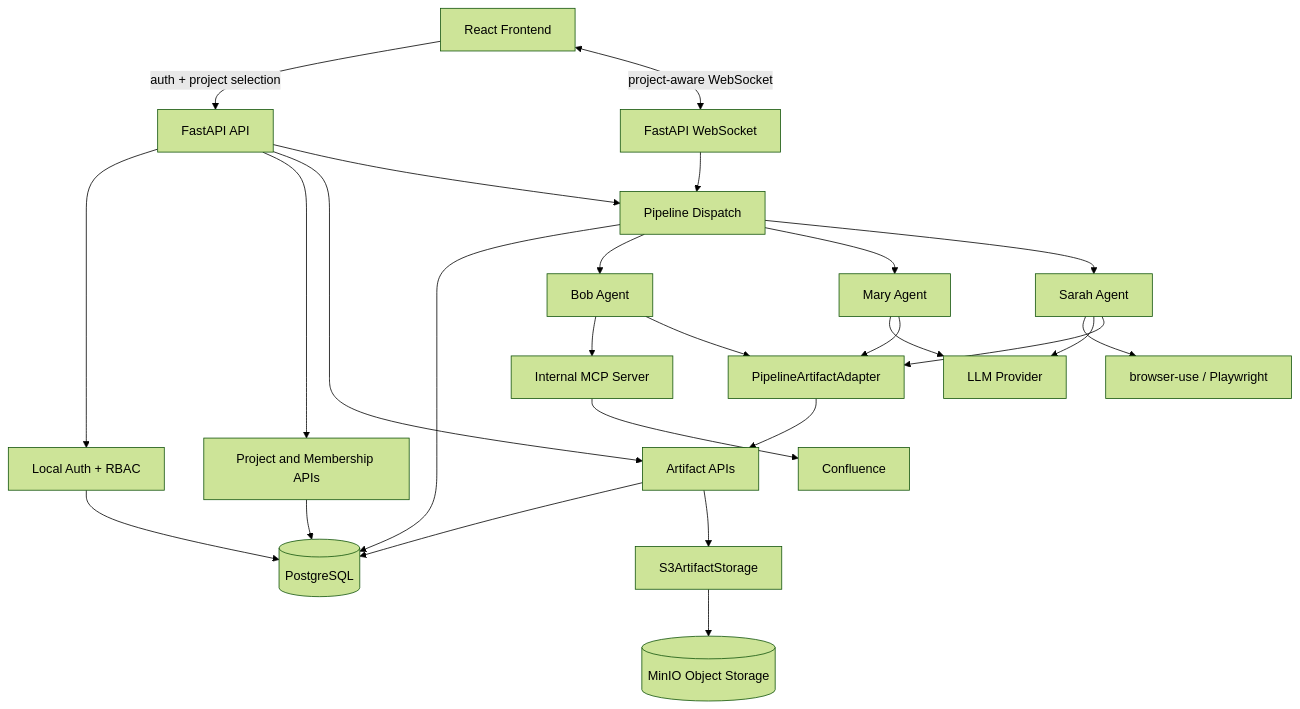
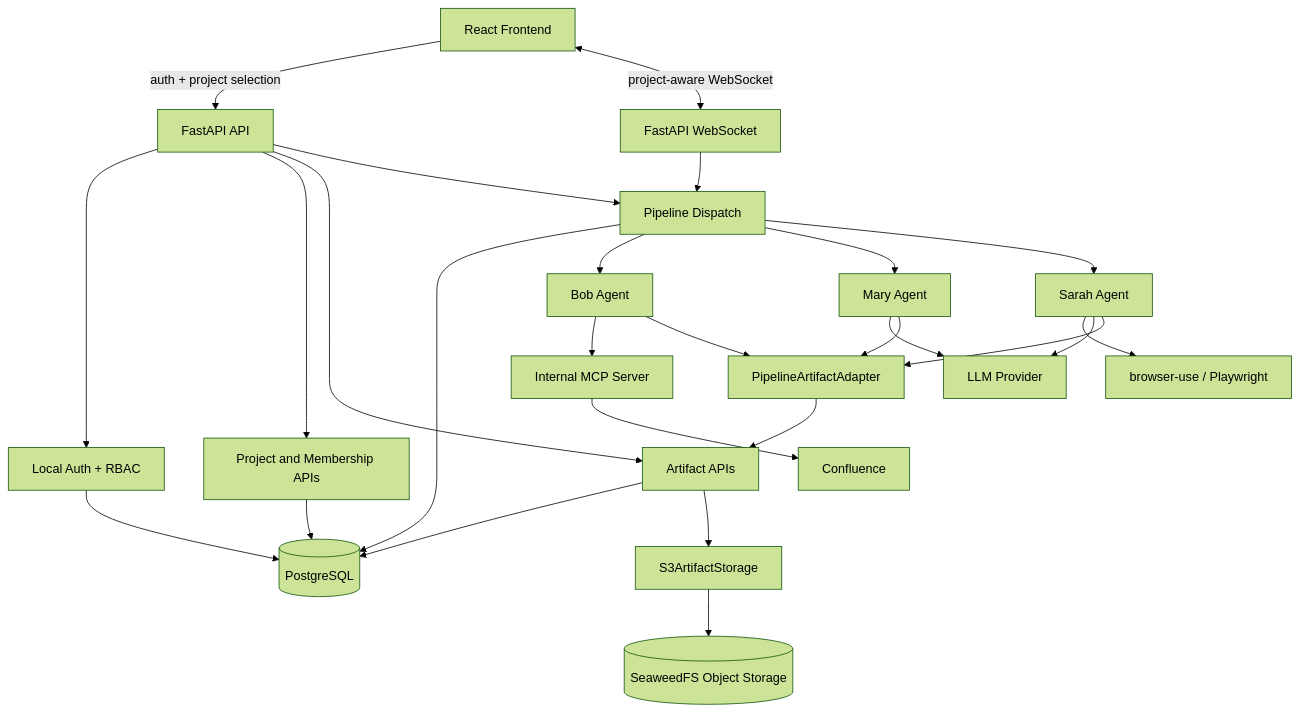
The diagram in README.md (thuonglbl/AI-QA-Automation), drawn with Mermaid (forest theme) before and after one commit. The commit also changed other lines of this file and 405 other files, not shown here.

````diff
--- a/README.md
+++ b/README.md
@@ -33,33 +18,33 @@
 ```mermaid
 flowchart TD
     UI[React Frontend] -->|auth + project selection| API[FastAPI API]
     UI <-->|project-aware WebSocket| WS[FastAPI WebSocket]
 
     API --> AUTH[Local Auth + RBAC]
     API --> PROJECTS[Project and Membership APIs]
     API --> ARTIFACTS[Artifact APIs]
     API --> PIPELINE[Pipeline Dispatch]
     WS --> PIPELINE
 
     AUTH --> DB[(PostgreSQL)]
     PROJECTS --> DB
     ARTIFACTS --> DB
     PIPELINE --> DB
 
     PIPELINE --> BOB[Bob Agent]
     PIPELINE --> MARY[Mary Agent]
     PIPELINE --> SARAH[Sarah Agent]
 
     BOB --> MCP[Internal MCP Server]
     MCP --> CONFLUENCE[Confluence]
     MARY --> LLM[LLM Provider]
     SARAH --> BROWSER[browser-use / Playwright]
     SARAH --> LLM
 
     ARTIFACTS --> STORAGE[S3ArtifactStorage]
-    STORAGE --> MINIO[(MinIO Object Storage)]
+    STORAGE --> SeaweedFS[(SeaweedFS Object Storage)]
     BOB --> ADAPTER[PipelineArtifactAdapter]
     MARY --> ADAPTER
     SARAH --> ADAPTER
     ADAPTER --> ARTIFACTS
 ```
````
